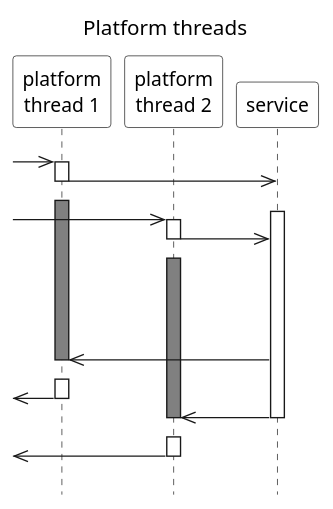
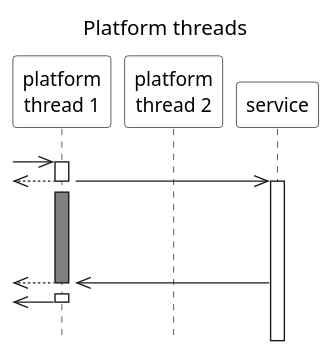
One commit to ti-cortex-m4/demo-java-virtual-threads2 changed the diagram in images/platform_threads.puml. Above: the diagram before and after it, drawn with PlantUML. The commit also changed 1 other file, not shown here.

```diff
--- a/images/platform_threads.puml
+++ b/images/platform_threads.puml
@@ -1,59 +1,59 @@
 @startuml
 
 !pragma teoz true
 
 title Platform threads
 
 scale 1.1
 hide footbox
 skinparam monochrome true
 skinparam defaultFontName Source Sans Pro
 skinparam titleFontSize 15
 skinparam titleFontStyle normal
 skinparam sequenceMessageAlign left
 skinparam participantBackgroundColor #white
 skinparam noteBackgroundColor #white
 skinparam sequenceGroupBackgroundColor #white
 
 participant "platform\nthread 1" as PlatformThread1
 participant "platform\nthread 2" as PlatformThread2
 participant "service" as Service
 
 ||10||
 
 ->> PlatformThread1
 activate PlatformThread1
 PlatformThread1->>Service
 deactivate PlatformThread1
-<-[hidden]- PlatformThread1
+& <<-- PlatformThread1
 activate PlatformThread1 #gray
 activate Service
 
-->> PlatformThread2
-activate PlatformThread2
-PlatformThread2->>Service
-deactivate PlatformThread2
-<-[hidden]- PlatformThread2
-activate PlatformThread2 #gray
+'->> PlatformThread2
+'activate PlatformThread2
+'PlatformThread2->>Service
+'deactivate PlatformThread2
+'<-[hidden]- PlatformThread2
+'activate PlatformThread2 #gray
 
 ||60||
 
 Service->>PlatformThread1
 'deactivate Service
 deactivate PlatformThread1
-<-[hidden]- PlatformThread1
+& <<-- PlatformThread1
 activate PlatformThread1
 <<- PlatformThread1
 deactivate PlatformThread1
 
-Service->>PlatformThread2
-deactivate Service
-deactivate PlatformThread2
-<-[hidden]- PlatformThread2
-activate PlatformThread2
-<<- PlatformThread2
-deactivate PlatformThread2
+'Service->>PlatformThread2
+'deactivate Service
+'deactivate PlatformThread2
+'<-[hidden]- PlatformThread2
+'activate PlatformThread2
+'<<- PlatformThread2
+'deactivate PlatformThread2
 
 ||10||
 
 @enduml
```
